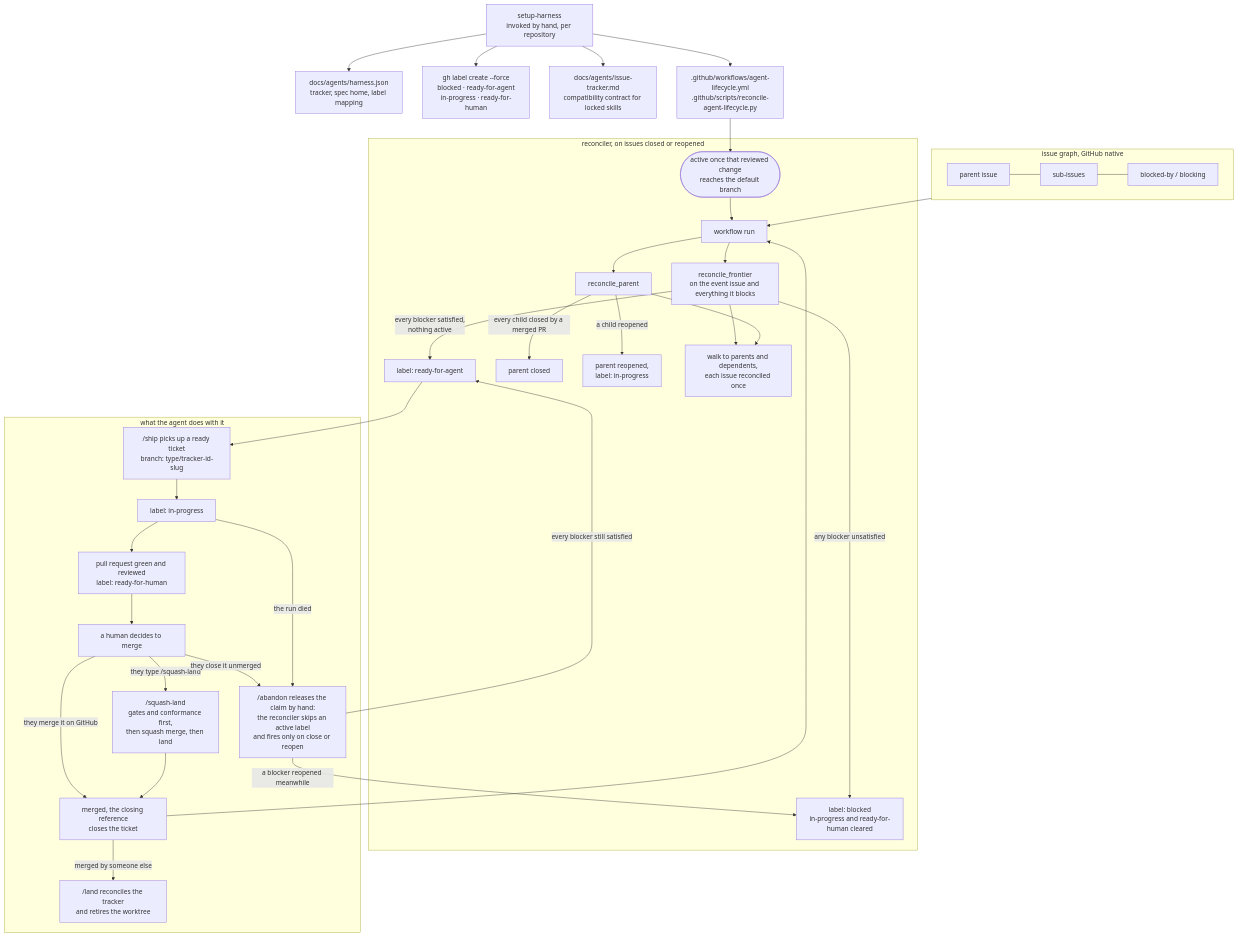
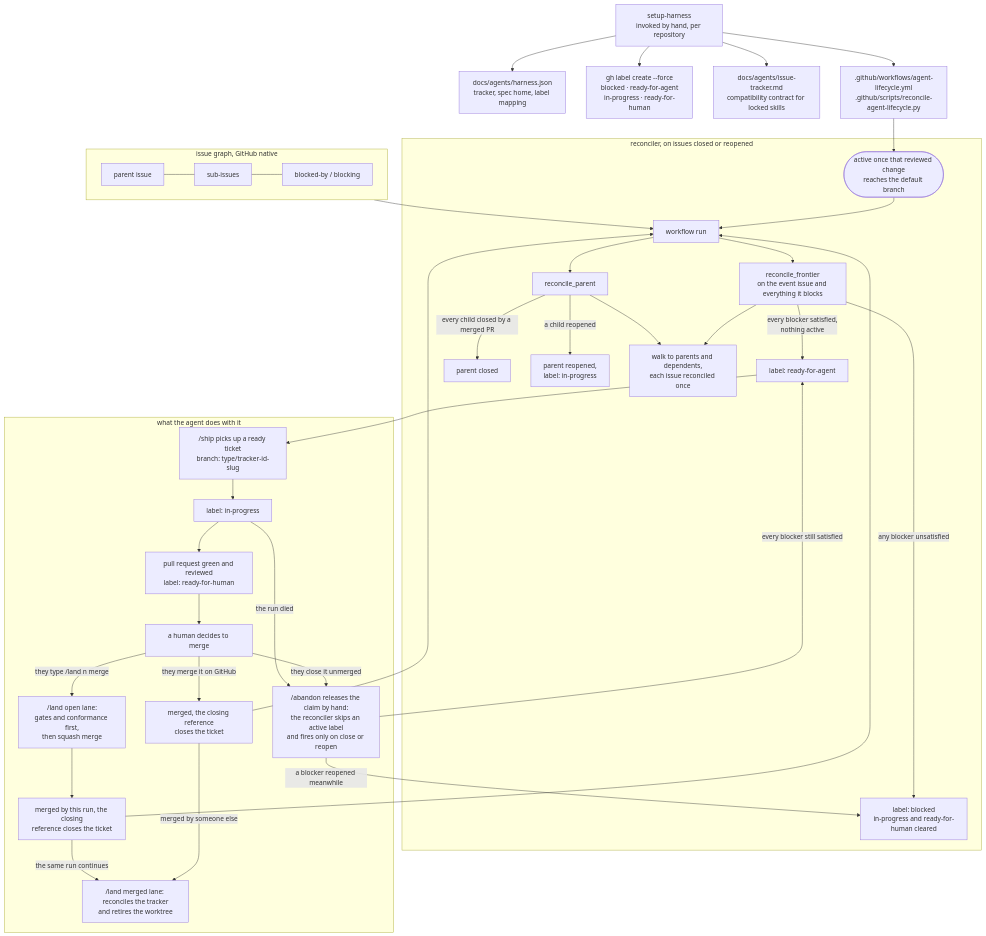
Before and after one commit to jvillegasd/harness: the second of 2 diagrams in harness/README.md, drawn with Mermaid. The commit also changed other lines of this file and 7 other files, not shown here.

First line of the commit message:
refactor(harness): fold squash-land into /land (#52)

````diff
--- a/harness/README.md
+++ b/harness/README.md
@@ -275,43 +277,45 @@
 ```mermaid
 flowchart TD
     setup["setup-harness<br>invoked by hand, per repository"] --> config["docs/agents/harness.json<br>tracker, spec home, label mapping"]
     setup --> labels["gh label create --force<br>blocked · ready-for-agent<br>in-progress · ready-for-human"]
     setup --> trackerdoc["docs/agents/issue-tracker.md<br>compatibility contract for locked skills"]
     setup --> files[".github/workflows/agent-lifecycle.yml<br>.github/scripts/reconcile-agent-lifecycle.py"]
     files --> active(["active once that reviewed change<br>reaches the default branch"])
 
     subgraph GRAPH["issue graph, GitHub native"]
         parent["parent issue"] --- children["sub-issues"]
         children --- deps["blocked-by / blocking"]
     end
 
     subgraph RUN["reconciler, on issues closed or reopened"]
         active --> trigger["workflow run"]
         trigger --> frontier["reconcile_frontier<br>on the event issue and everything it blocks"]
         frontier -->|any blocker unsatisfied| blocked["label: blocked<br>in-progress and ready-for-human cleared"]
         frontier -->|every blocker satisfied,<br>nothing active| ready["label: ready-for-agent"]
         trigger --> parentstate["reconcile_parent"]
         parentstate -->|every child closed by a merged PR| closeparent["parent closed"]
         parentstate -->|a child reopened| reopenparent["parent reopened,<br>label: in-progress"]
         frontier --> walk["walk to parents and dependents,<br>each issue reconciled once"]
         parentstate --> walk
     end
 
     GRAPH --> trigger
 
     subgraph AGENT["what the agent does with it"]
         ready --> ship["/ship picks up a ready ticket<br>branch: type/tracker-id-slug"]
         ship --> inprogress["label: in-progress"]
         inprogress --> prready["pull request green and reviewed<br>label: ready-for-human"]
         prready --> humanmerge["a human decides to merge"]
         humanmerge -->|they merge it on GitHub| merged["merged, the closing reference<br>closes the ticket"]
-        humanmerge -->|they type /squash-land| squashland["/squash-land<br>gates and conformance first,<br>then squash merge, then land"]
-        squashland --> merged
+        humanmerge -->|they type /land n merge| landopen["/land open lane:<br>gates and conformance first,<br>then squash merge"]
+        landopen --> mergedself["merged by this run, the closing<br>reference closes the ticket"]
+        mergedself --> trigger
         merged --> trigger
-        merged -->|merged by someone else| land["/land reconciles the tracker<br>and retires the worktree"]
+        merged -->|merged by someone else| land["/land merged lane: reconciles the tracker<br>and retires the worktree"]
+        mergedself -->|the same run continues| land
         humanmerge -->|they close it unmerged| abandonlabel["/abandon releases the claim by hand:<br>the reconciler skips an active label<br>and fires only on close or reopen"]
         inprogress -->|the run died| abandonlabel
         abandonlabel -->|every blocker still satisfied| ready
         abandonlabel -->|a blocker reopened meanwhile| blocked
     end
 ```
````
